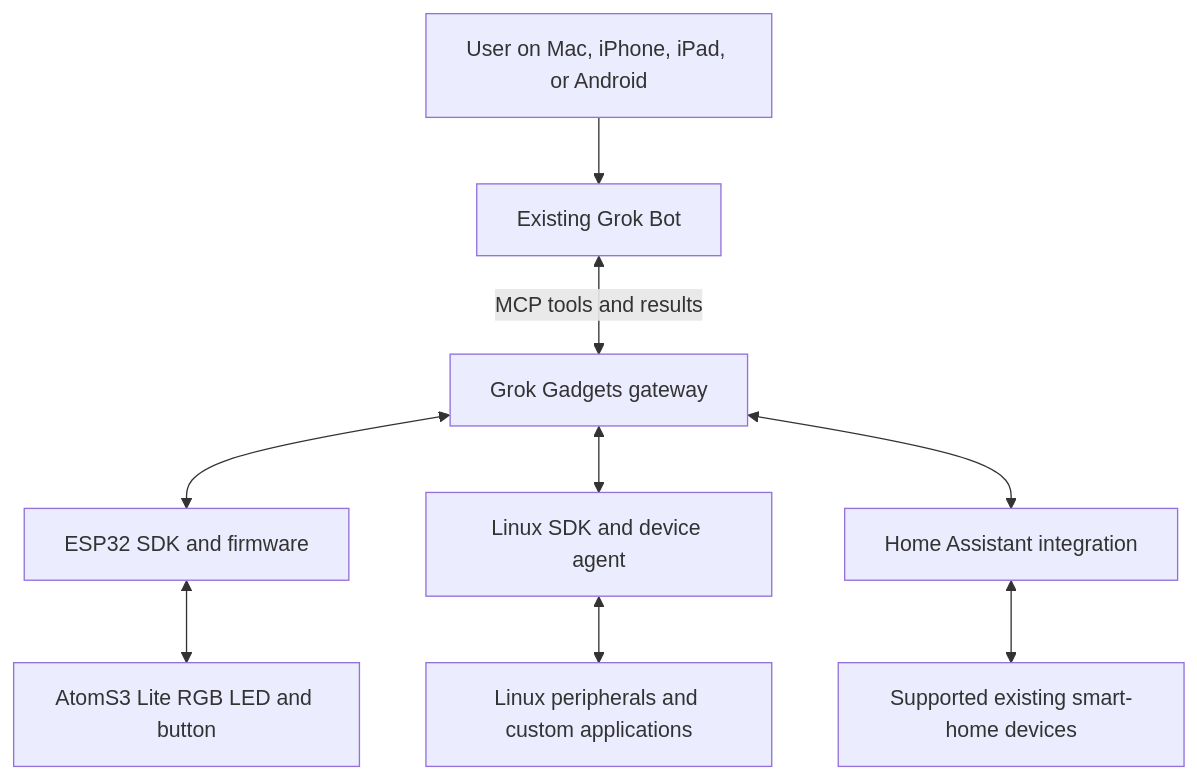
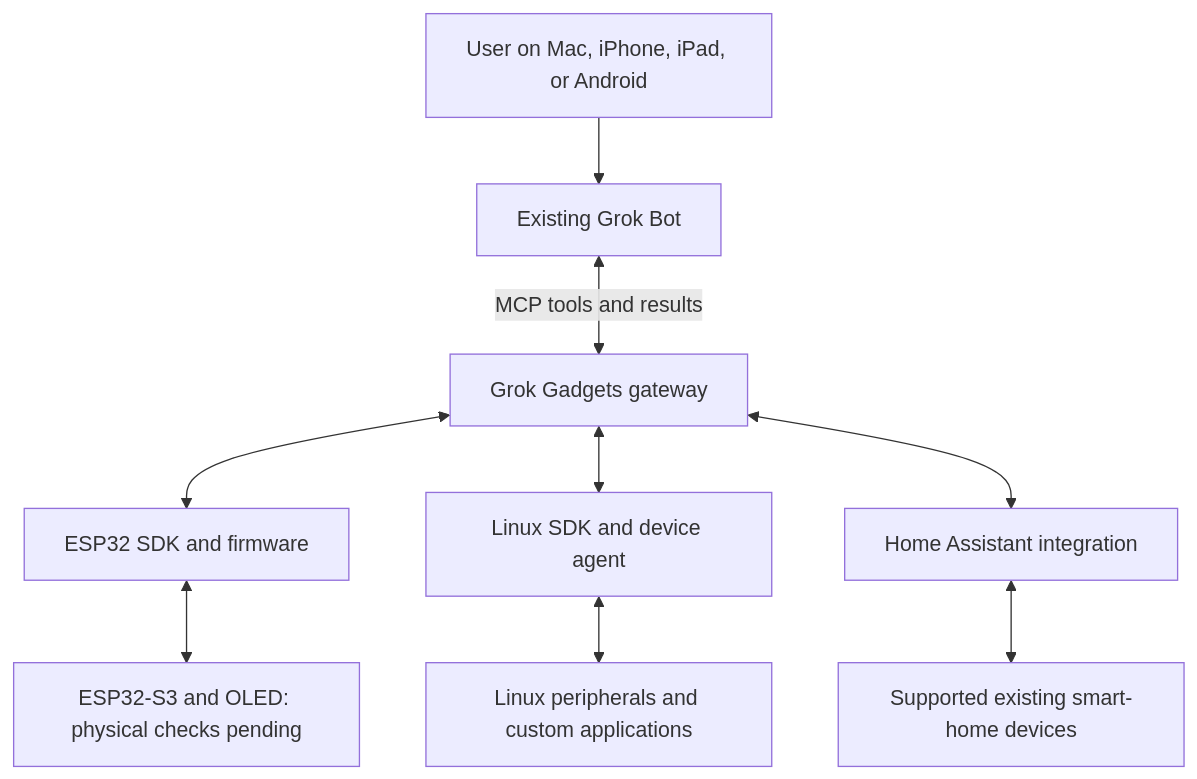
The diagram in docs/implementation-plan.md (adidshaft/grok-gadgets), drawn with Mermaid before and after one commit. The commit also changed other lines of this file and 71 other files, not shown here.

Commit message:
docs(HW-KIT-001): adopt ordered ESP32-S3 OLED experiment

````diff
--- a/docs/implementation-plan.md
+++ b/docs/implementation-plan.md
@@ -221,11 +223,11 @@
 ```mermaid
 flowchart TD
     U[User on Mac, iPhone, iPad, or Android] --> G[Existing Grok Bot]
     G <-->|MCP tools and results| W[Grok Gadgets gateway]
     W <--> E[ESP32 SDK and firmware]
     W <--> L[Linux SDK and device agent]
     W <--> H[Home Assistant integration]
-    E <--> A[AtomS3 Lite RGB LED and button]
+    E <--> A[ESP32-S3 and OLED: physical checks pending]
     L <--> P[Linux peripherals and custom applications]
     H <--> D[Supported existing smart-home devices]
 ```
````
